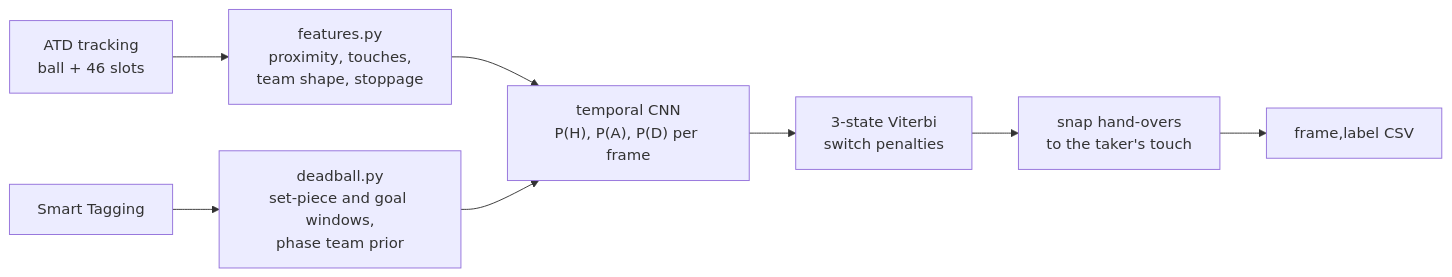
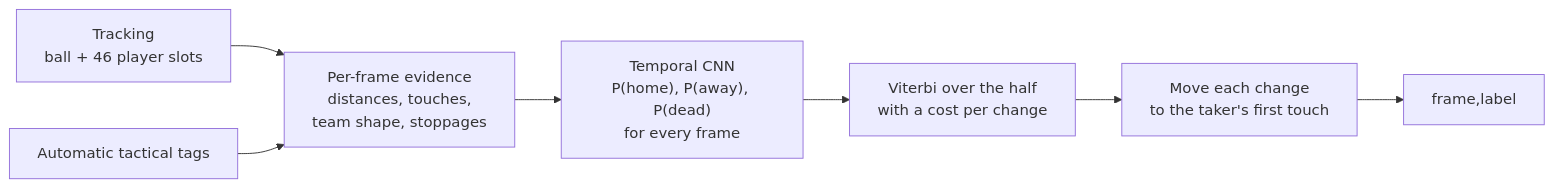
Before and after one commit to agamemnon-labs/football-analytics: the diagram in README.md, drawn with Mermaid. The commit also changed other lines of this file, not shown here.

````diff
--- a/README.md
+++ b/README.md
@@ -28,10 +54,9 @@
 ```mermaid
 flowchart LR
-    ATD["ATD tracking<br/>ball + 46 slots"] --> F["features.py<br/>proximity, touches,<br/>team shape, stoppage"]
-    ST["Smart Tagging"] --> T["deadball.py<br/>set-piece and goal windows,<br/>phase team prior"]
-    F --> N["temporal CNN<br/>P(H), P(A), P(D) per frame"]
-    T --> N
-    N --> V["3-state Viterbi<br/>switch penalties"]
-    V --> S["snap hand-overs<br/>to the taker's touch"]
-    S --> CSV["frame,label CSV"]
+    ATD["Tracking<br/>ball + 46 player slots"] --> F["Per-frame evidence<br/>distances, touches,<br/>team shape, stoppages"]
+    ST["Automatic tactical tags"] --> F
+    F --> N["Temporal CNN<br/>P(home), P(away), P(dead)<br/>for every frame"]
+    N --> V["Viterbi over the half<br/>with a cost per change"]
+    V --> S["Move each change<br/>to the taker's first touch"]
+    S --> CSV["frame,label"]
 ```
````
